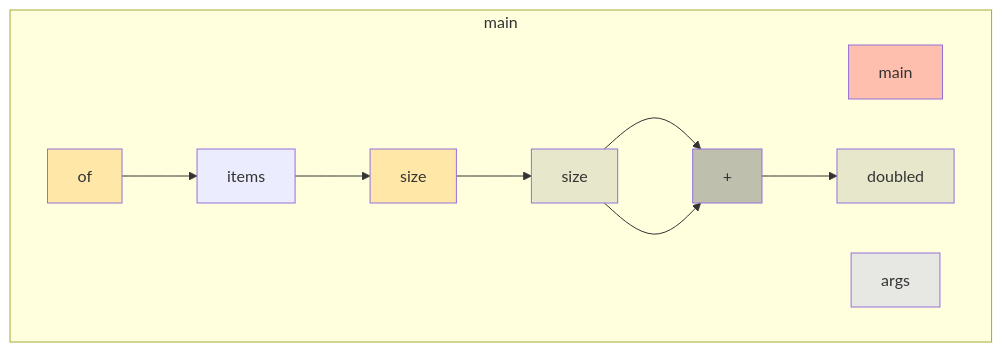
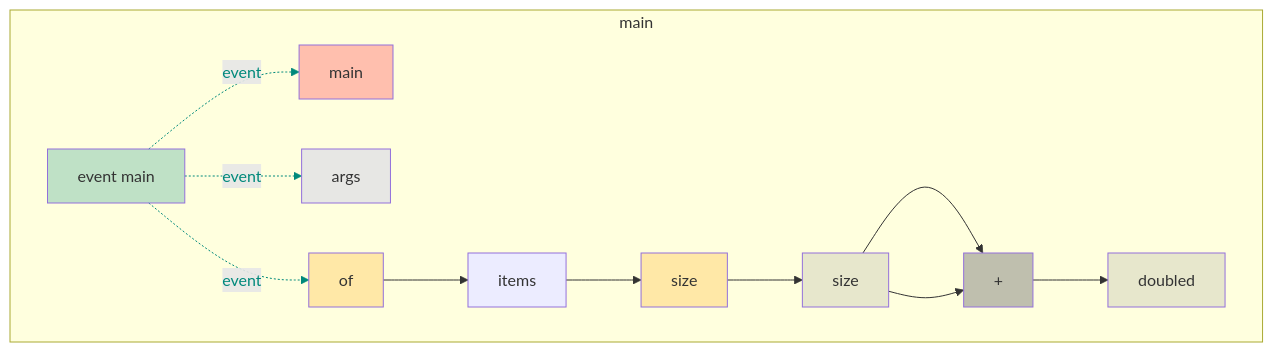
Before and after one commit to gstiebler/codeflow: the diagram in app/src/test/resources/externalObject/snapshot.md, drawn with Mermaid. The commit also changed 77 other files, not shown here.

````diff
--- a/app/src/test/resources/externalObject/snapshot.md
+++ b/app/src/test/resources/externalObject/snapshot.md
@@ -1,26 +1,34 @@
 ```mermaid
 flowchart TD
   subgraph b0["main"]
-    n1[main]:::RETURN
-    n2[args]:::FUNC_PARAM
-    n3[of]:::EXTERNAL
-    n4[items]:::OBJ_VARIABLE
-    n5[size]:::EXTERNAL
-    n6[size]:::VARIABLE
-    n7[+]:::BIN_OP
-    n8[doubled]:::VARIABLE
-    n3[of]:::EXTERNAL --> n4[items]:::OBJ_VARIABLE
-    n4[items]:::OBJ_VARIABLE --> n5[size]:::EXTERNAL
-    n5[size]:::EXTERNAL --> n6[size]:::VARIABLE
-    n6[size]:::VARIABLE --> n7[+]:::BIN_OP
-    n6[size]:::VARIABLE --> n7[+]:::BIN_OP
-    n7[+]:::BIN_OP --> n8[doubled]:::VARIABLE
+    n1[event main]:::EVENT
+    n2[main]:::RETURN
+    n3[args]:::FUNC_PARAM
+    n4[of]:::EXTERNAL
+    n5[items]:::OBJ_VARIABLE
+    n6[size]:::EXTERNAL
+    n7[size]:::VARIABLE
+    n8[+]:::BIN_OP
+    n9[doubled]:::VARIABLE
+    n1[event main]:::EVENT -. event .-> n2[main]:::RETURN
+    n1[event main]:::EVENT -. event .-> n3[args]:::FUNC_PARAM
+    n1[event main]:::EVENT -. event .-> n4[of]:::EXTERNAL
+    n4[of]:::EXTERNAL --> n5[items]:::OBJ_VARIABLE
+    n5[items]:::OBJ_VARIABLE --> n6[size]:::EXTERNAL
+    n6[size]:::EXTERNAL --> n7[size]:::VARIABLE
+    n7[size]:::VARIABLE --> n8[+]:::BIN_OP
+    n7[size]:::VARIABLE --> n8[+]:::BIN_OP
+    n8[+]:::BIN_OP --> n9[doubled]:::VARIABLE
   end
+  linkStyle 0 stroke:#00897b,color:#00897b
+  linkStyle 1 stroke:#00897b,color:#00897b
+  linkStyle 2 stroke:#00897b,color:#00897b
   classDef LITERAL fill:#00FF0030
   classDef VARIABLE fill:#80808030
   classDef BIN_OP fill:#80808080
   classDef FUNC_PARAM fill:#8080FF30
   classDef RETURN fill:#FF808080
   classDef EXTERNAL fill:#FFA50040
   classDef UNMODELLED fill:#FF000030,stroke-dasharray: 4 2
+  classDef EVENT fill:#00897B40
 ```
````
